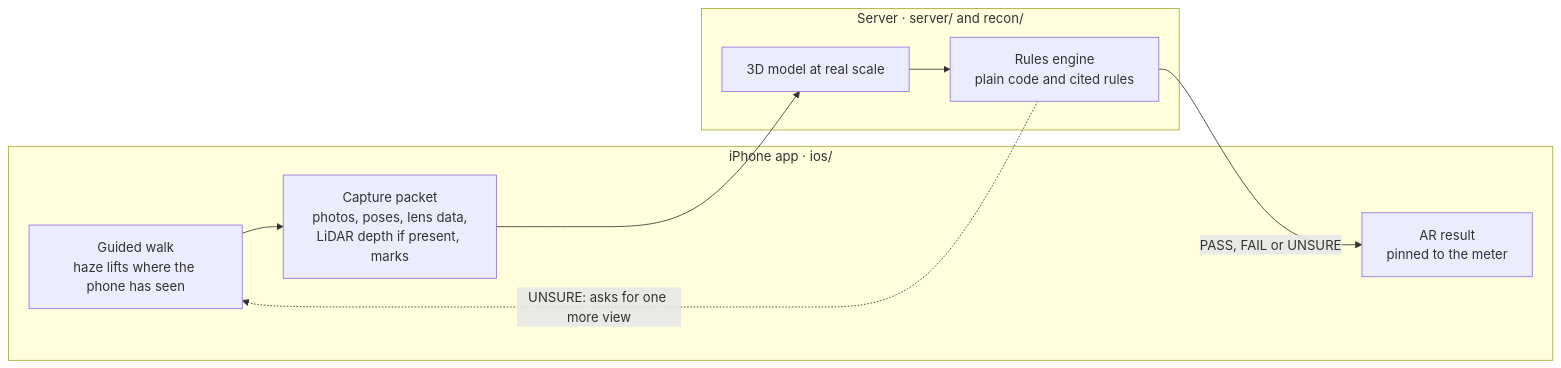
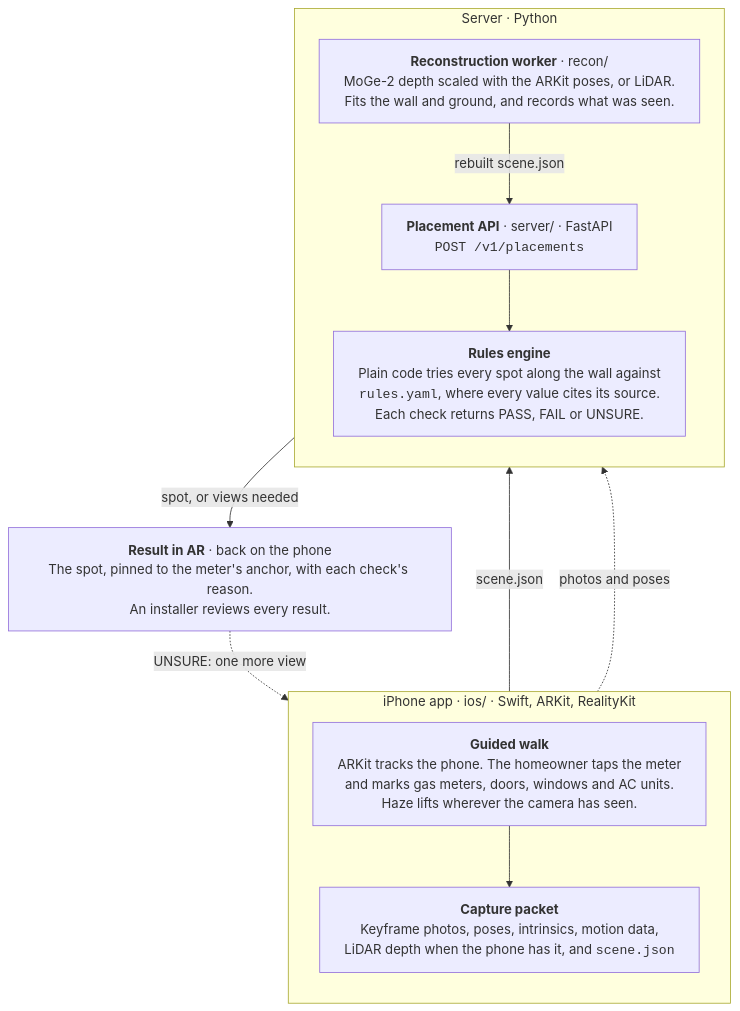
The diagram in README.md (SamGu-NRX/BaseScanner), drawn with Mermaid before and after one commit. The commit also changed other lines of this file, not shown here.

Commit message:
docs: draw the README architecture as a vertical flow that matches the code
The phone posts its own scene.json to POST /v1/placements, and the
reconstruction worker posts a rebuilt one to the same endpoint. The old
diagram routed everything through the 3D model and was too small to read.
Also names recon's real stack (MoGe-2, Open3D, shapely) in place of COLMAP.

````diff
--- a/README.md
+++ b/README.md
@@ -38,15 +38,26 @@
 ```mermaid
-flowchart LR
-  subgraph phone["iPhone app · ios/"]
-    walk["Guided walk<br/>haze lifts where the phone has seen"]
-    packet["Capture packet<br/>photos, poses, lens data,<br/>LiDAR depth if present, marks"]
-    ar["AR result<br/>pinned to the meter"]
+%%{init: {"flowchart": {"wrappingWidth": 480, "nodeSpacing": 40, "rankSpacing": 50}}}%%
+flowchart TB
+  subgraph phone["iPhone app · ios/ · Swift, ARKit, RealityKit"]
+    direction TB
+    walk["<b>Guided walk</b><br/>ARKit tracks the phone. The homeowner taps the meter<br/>and marks gas meters, doors, windows and AC units.<br/>Haze lifts wherever the camera has seen."]
+    packet["<b>Capture packet</b><br/>Keyframe photos, poses, intrinsics, motion data,<br/>LiDAR depth when the phone has it, and <code>scene.json</code>"]
+    walk --> packet
   end
-  subgraph srv["Server · server/ and recon/"]
-    model["3D model at real scale"]
-    rules["Rules engine<br/>plain code and cited rules"]
+
+  subgraph srv["Server · Python"]
+    direction TB
+    recon["<b>Reconstruction worker</b> · recon/<br/>MoGe-2 depth scaled with the ARKit poses, or LiDAR.<br/>Fits the wall and ground, and records what was seen."]
+    api["<b>Placement API</b> · server/ · FastAPI<br/><code>POST /v1/placements</code>"]
+    rules["<b>Rules engine</b><br/>Plain code tries every spot along the wall against<br/><code>rules.yaml</code>, where every value cites its source.<br/>Each check returns PASS, FAIL or UNSURE."]
+    recon -- "rebuilt scene.json" --> api
+    api --> rules
   end
-  walk --> packet --> model --> rules
-  rules -- "PASS, FAIL or UNSURE" --> ar
-  rules -. "UNSURE: asks for one more view" .-> walk
+
+  result["<b>Result in AR</b> · back on the phone<br/>The spot, pinned to the meter's anchor, with each check's reason.<br/>An installer reviews every result."]
+
+  packet -- "scene.json" --> api
+  packet -. "photos and poses" .-> recon
+  rules -- "spot, or views needed" --> result
+  result -. "UNSURE: one more view" .-> walk
 ```
````
